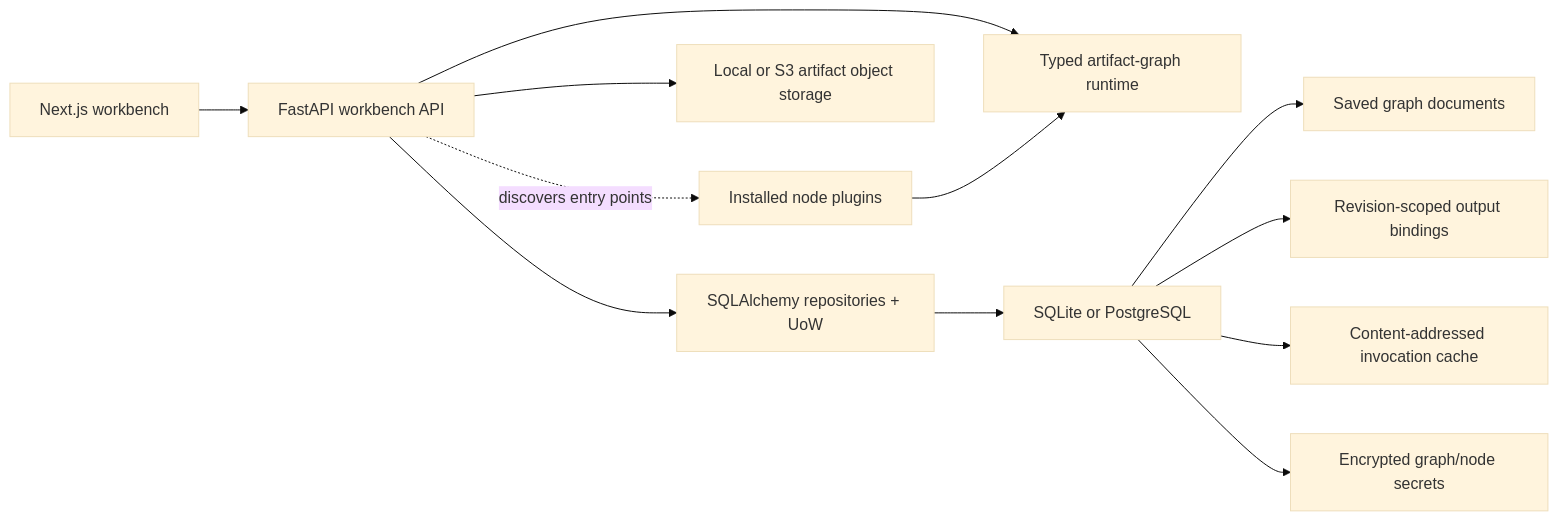
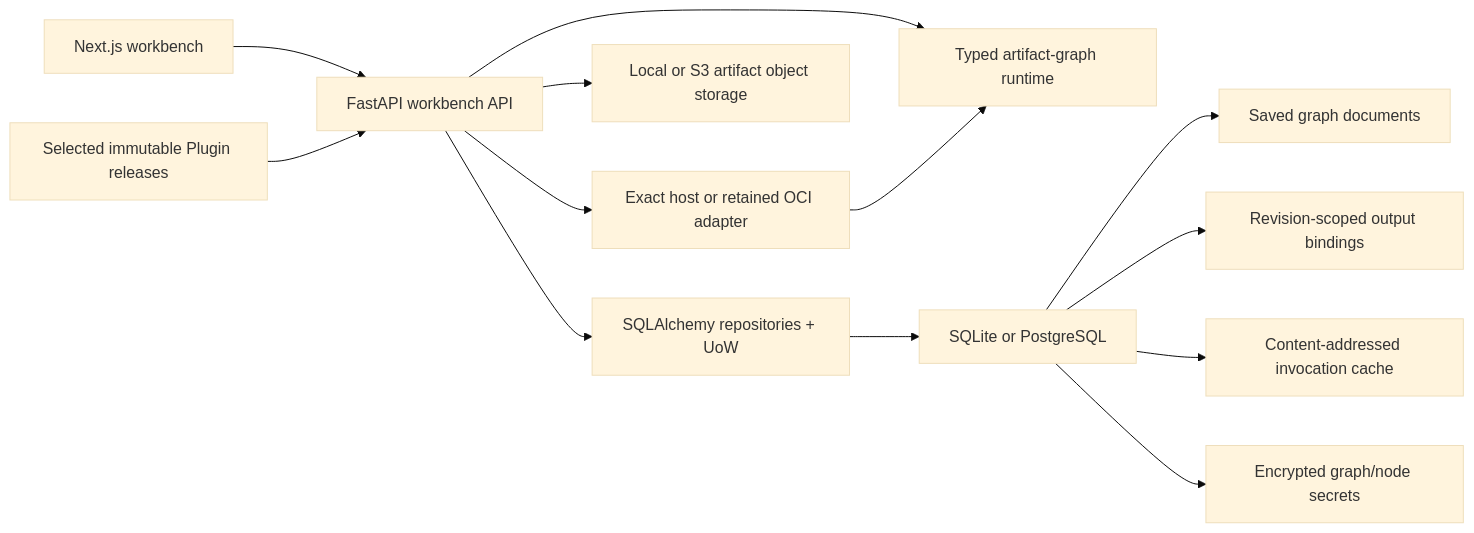
The first of 4 diagrams in README.md (artpods56/KUL_IDUB_EcclesialSchematisms), drawn with Mermaid (base theme) before and after one commit. The commit also changed other lines of this file and 19 other files, not shown here.

Commit message:
docs(plugins): record unified release architecture and cutover

````diff
--- a/README.md
+++ b/README.md
@@ -27,14 +27,15 @@
 ```mermaid
 flowchart LR
     Web["Next.js workbench"] --> API["FastAPI workbench API"]
     API --> Core["Typed artifact-graph runtime"]
     API --> Persistence["SQLAlchemy repositories + UoW"]
     Persistence --> SQL["SQLite or PostgreSQL"]
     SQL --> Graphs["Saved graph documents"]
     SQL --> Bindings["Revision-scoped output bindings"]
     SQL --> Cache["Content-addressed invocation cache"]
     SQL --> Secrets["Encrypted graph/node secrets"]
     API --> Storage["Local or S3 artifact object storage"]
-    API -. "discovers entry points" .-> Plugins["Installed node plugins"]
-    Plugins --> Core
+    Releases["Selected immutable Plugin releases"] --> API
+    API --> Adapters["Exact host or retained OCI adapter"]
+    Adapters --> Core
 ```
````
